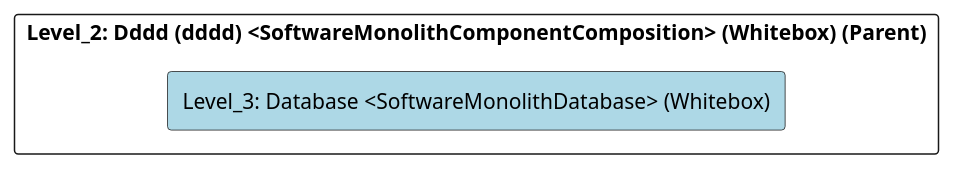
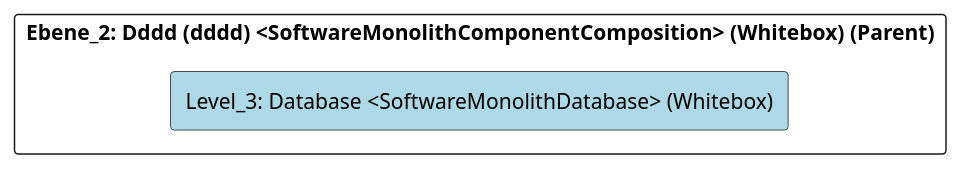
One commit to marcozwyssig/cleon changed the diagram in src/cleon.architecturemethods.arc42.sample/doc/cleon_architecturemethods_arc42_sample_software_monolith/adoc/en/05_building_block_view/monolithsample/dddd/database/level_3_database.adoc. Above: the diagram before and after it, drawn with PlantUML. The commit also changed other lines of this file and 620 other files, not shown here.

```diff
--- a/src/cleon.architecturemethods.arc42.sample/doc/cleon_architecturemethods_arc42_sample_software_monolith/adoc/en/05_building_block_view/monolithsample/dddd/database/level_3_database.adoc
+++ b/src/cleon.architecturemethods.arc42.sample/doc/cleon_architecturemethods_arc42_sample_software_monolith/adoc/en/05_building_block_view/monolithsample/dddd/database/level_3_database.adoc
@@ -20,24 +20,24 @@
 [plantuml, Level_3: Database <SoftwareMonolithDatabase> (Whitebox)BlockOverview, format="svg"]
 ----
 @startuml Level_3: Database <SoftwareMonolithDatabase> (Whitebox)BuildingBlockOverview
 
 skinparam ranksep 10
 skinparam componentStyle rectangle
 skinparam shadowing false
 skinparam arrowColor lightblue
 skinparam arrowThickness 1.2
 skinparam rectangle {
   BackgroundColor White
   BorderColor #333
   RoundCorner 10
 }
 top to bottom direction
 
-component "Level_2: Dddd (dddd) <SoftwareMonolithComponentComposition> (Whitebox) (Parent)" {
+component "Ebene_2: Dddd (dddd) <SoftwareMonolithComponentComposition> (Whitebox) (Parent)" {
     component "Level_3: Database <SoftwareMonolithDatabase> (Whitebox)" #lightblue {
     }
 
 }
 
 @enduml
 ----
```
